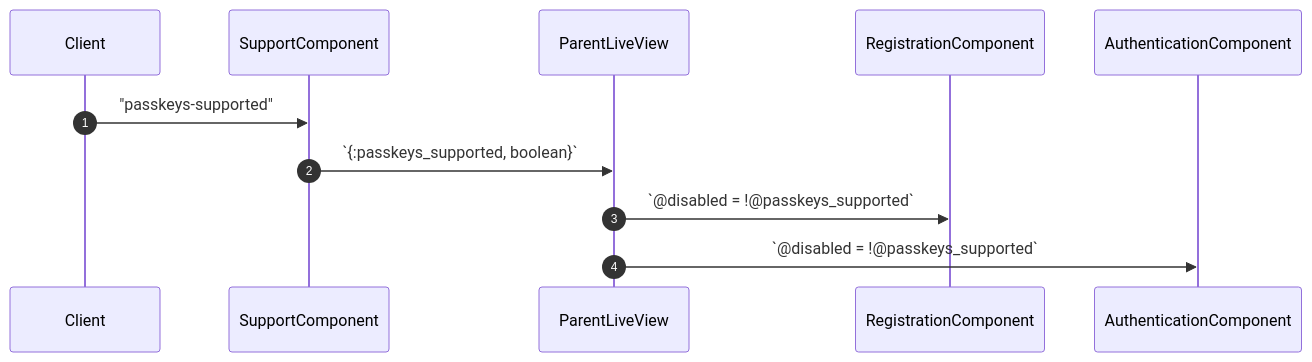
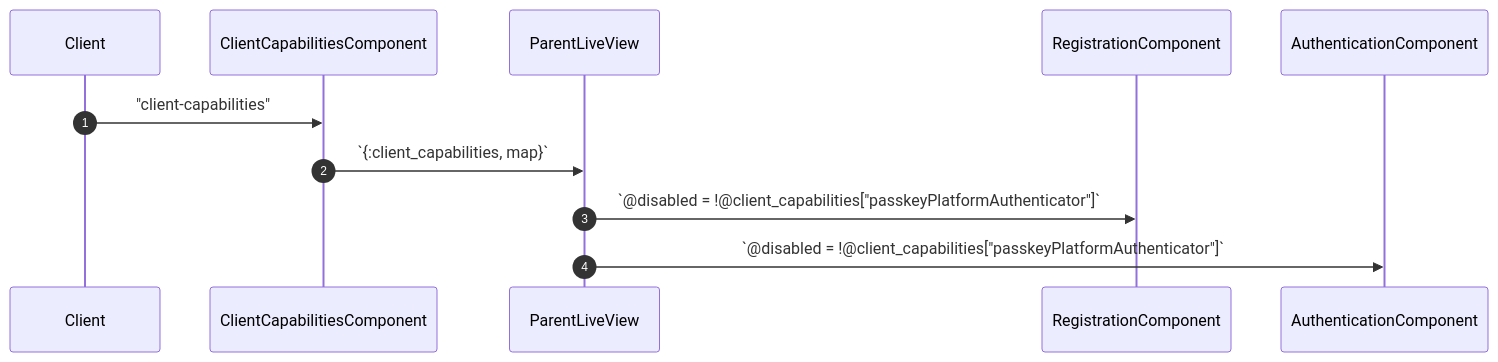
One commit to liveshowy/webauthn_components changed the first of 6 diagrams in webauthn_flows.md. Above: the diagram before and after it, drawn with Mermaid. The commit also changed other lines of this file and 10 other files, not shown here.

First line of the commit message:
Detect Client Capabilities (#104)

````diff
--- a/webauthn_flows.md
+++ b/webauthn_flows.md
@@ -18,14 +18,14 @@
 ```mermaid
 sequenceDiagram
    autonumber
    participant Client
-   participant SupportComponent
+   participant ClientCapabilitiesComponent
    participant ParentLiveView
    participant RegistrationComponent
    participant AuthenticationComponent
 
-   Client->>SupportComponent: "passkeys-supported"
-   SupportComponent->>ParentLiveView: `{:passkeys_supported, boolean}`
-   ParentLiveView->>RegistrationComponent: `@disabled = !@passkeys_supported`
-   ParentLiveView->>AuthenticationComponent: `@disabled = !@passkeys_supported`
+   Client->>ClientCapabilitiesComponent: "client-capabilities"
+   ClientCapabilitiesComponent->>ParentLiveView: `{:client_capabilities, map}`
+   ParentLiveView->>RegistrationComponent: `@disabled = !@client_capabilities["passkeyPlatformAuthenticator"]`
+   ParentLiveView->>AuthenticationComponent: `@disabled = !@client_capabilities["passkeyPlatformAuthenticator"]`
 ```
````
